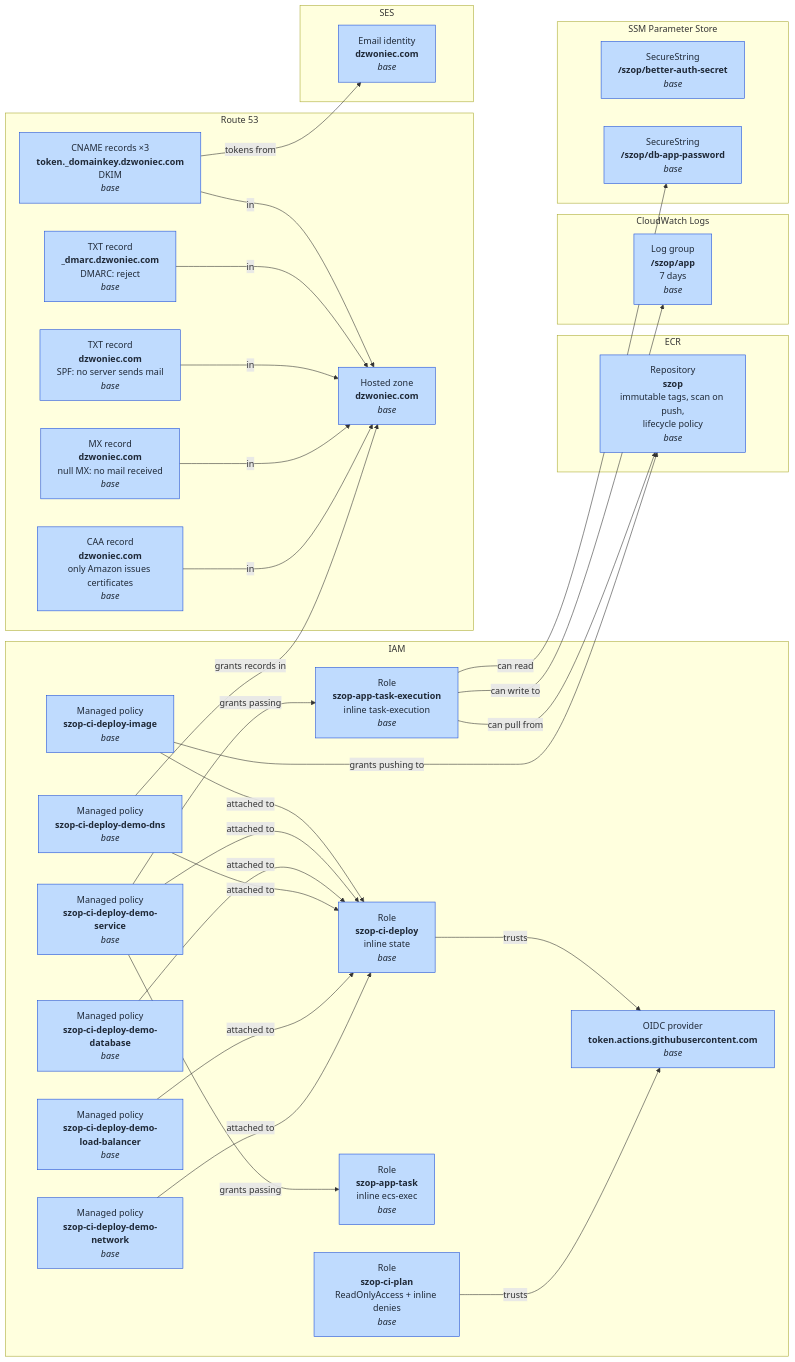
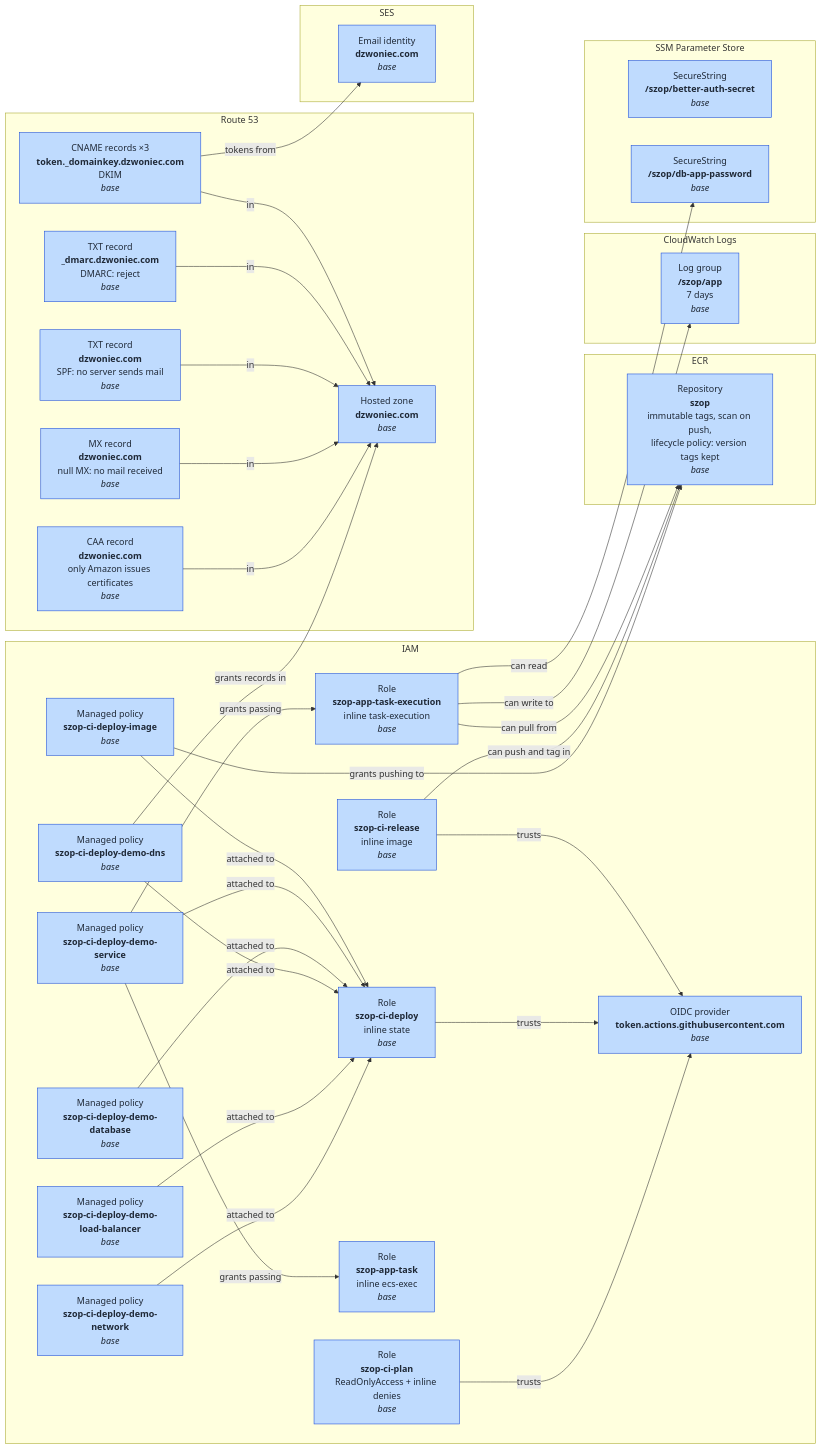
One commit to luiki-dev/szop changed the second of 4 diagrams in docs/architecture/aws-resources.md. Above: the diagram before and after it, drawn with Mermaid. The commit also changed other lines of this file and 5 other files, not shown here.

First line of the commit message:
feat(infra): add the release role and keep version-tagged images

````diff
--- a/docs/architecture/aws-resources.md
+++ b/docs/architecture/aws-resources.md
@@ -69,68 +69,71 @@
 ```mermaid
 flowchart LR
     subgraph iam["IAM"]
         oidc["OIDC provider<br/><b>token.actions.githubusercontent.com</b><br/><i>base</i>"]
         ciPlan["Role<br/><b>szop-ci-plan</b><br/>ReadOnlyAccess + inline denies<br/><i>base</i>"]
         ciDeploy["Role<br/><b>szop-ci-deploy</b><br/>inline state<br/><i>base</i>"]
         polNetwork["Managed policy<br/><b>szop-ci-deploy-demo-network</b><br/><i>base</i>"]
         polLb["Managed policy<br/><b>szop-ci-deploy-demo-load-balancer</b><br/><i>base</i>"]
         polDns["Managed policy<br/><b>szop-ci-deploy-demo-dns</b><br/><i>base</i>"]
         polDb["Managed policy<br/><b>szop-ci-deploy-demo-database</b><br/><i>base</i>"]
         polService["Managed policy<br/><b>szop-ci-deploy-demo-service</b><br/><i>base</i>"]
         polImage["Managed policy<br/><b>szop-ci-deploy-image</b><br/><i>base</i>"]
+        ciRelease["Role<br/><b>szop-ci-release</b><br/>inline image<br/><i>base</i>"]
         execRole["Role<br/><b>szop-app-task-execution</b><br/>inline task-execution<br/><i>base</i>"]
         taskRole["Role<br/><b>szop-app-task</b><br/>inline ecs-exec<br/><i>base</i>"]
     end
 
     subgraph route53["Route 53"]
         zone["Hosted zone<br/><b>dzwoniec.com</b><br/><i>base</i>"]
         caa["CAA record<br/><b>dzwoniec.com</b><br/>only Amazon issues certificates<br/><i>base</i>"]
         mx["MX record<br/><b>dzwoniec.com</b><br/>null MX: no mail received<br/><i>base</i>"]
         spf["TXT record<br/><b>dzwoniec.com</b><br/>SPF: no server sends mail<br/><i>base</i>"]
         dmarc["TXT record<br/><b>_dmarc.dzwoniec.com</b><br/>DMARC: reject<br/><i>base</i>"]
         dkim["CNAME records ×3<br/><b>token._domainkey.dzwoniec.com</b><br/>DKIM<br/><i>base</i>"]
     end
 
     subgraph ses["SES"]
         identity["Email identity<br/><b>dzwoniec.com</b><br/><i>base</i>"]
     end
 
     subgraph ecr["ECR"]
-        repo["Repository<br/><b>szop</b><br/>immutable tags, scan on push,<br/>lifecycle policy<br/><i>base</i>"]
+        repo["Repository<br/><b>szop</b><br/>immutable tags, scan on push,<br/>lifecycle policy: version tags kept<br/><i>base</i>"]
     end
 
     subgraph logs["CloudWatch Logs"]
         logGroup["Log group<br/><b>/szop/app</b><br/>7 days<br/><i>base</i>"]
     end
 
     subgraph ssm["SSM Parameter Store"]
         authSecret["SecureString<br/><b>/szop/better-auth-secret</b><br/><i>base</i>"]
         dbPass["SecureString<br/><b>/szop/db-app-password</b><br/><i>base</i>"]
     end
 
     ciPlan -->|trusts| oidc
     ciDeploy -->|trusts| oidc
+    ciRelease -->|trusts| oidc
     polNetwork -->|attached to| ciDeploy
     polLb -->|attached to| ciDeploy
     polDns -->|attached to| ciDeploy
     polDb -->|attached to| ciDeploy
     polService -->|attached to| ciDeploy
     polImage -->|attached to| ciDeploy
     polDns -->|grants records in| zone
     polService -->|grants passing| execRole
     polService -->|grants passing| taskRole
     polImage -->|grants pushing to| repo
+    ciRelease -->|can push and tag in| repo
     execRole -->|can pull from| repo
     execRole -->|can write to| logGroup
     execRole -->|can read| dbPass
     caa -->|in| zone
     mx -->|in| zone
     spf -->|in| zone
     dmarc -->|in| zone
     dkim -->|in| zone
     dkim -->|tokens from| identity
 
     classDef base fill:#bfdbfe,stroke:#1d4ed8,color:#1f2937
-    class oidc,ciPlan,ciDeploy,polNetwork,polLb,polDns,polDb,polService,polImage,execRole,taskRole base
+    class oidc,ciPlan,ciDeploy,ciRelease,polNetwork,polLb,polDns,polDb,polService,polImage,execRole,taskRole base
     class zone,caa,mx,spf,dmarc,dkim,identity,repo,logGroup,authSecret,dbPass base
 ```
````
